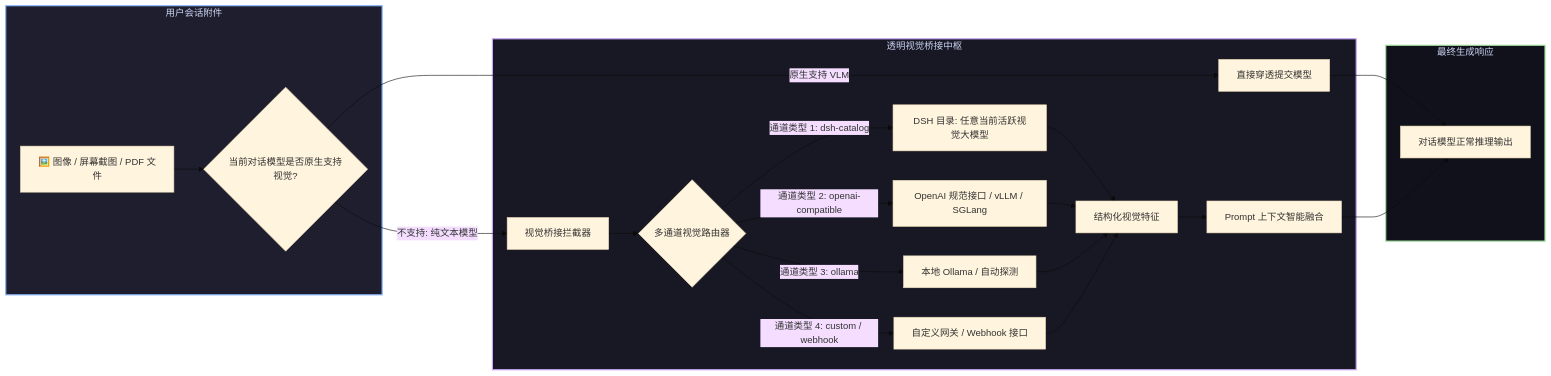
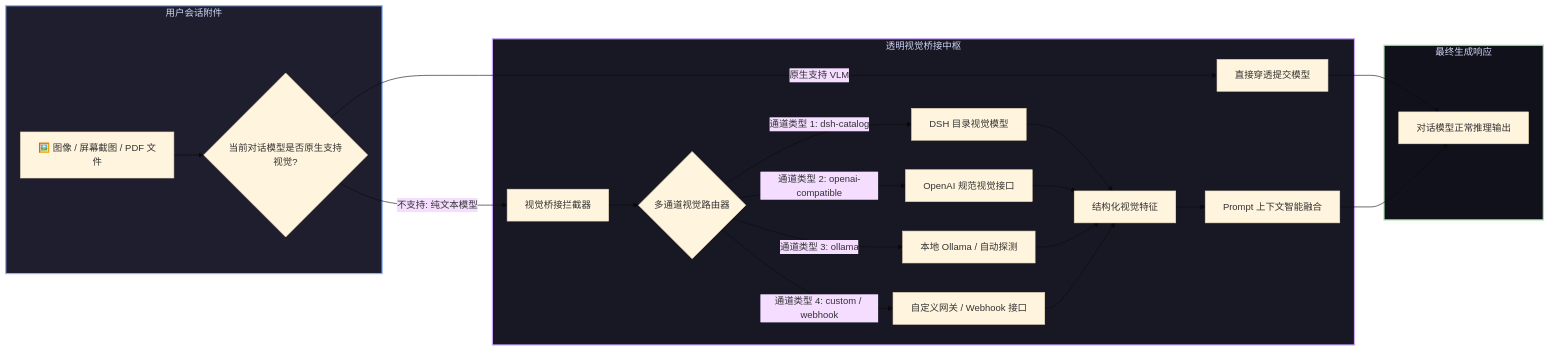
The diagram in README.zh.md (GooDAnDReaDY/dsh-vision-bridge), drawn with Mermaid (base theme) before and after one commit. The commit also changed other lines of this file and 2 other files, not shown here.

Commit message:
docs: remove specific model names from dsh-vision-bridge and describe architecture dynamically

````diff
--- a/README.zh.md
+++ b/README.zh.md
@@ -32,30 +32,30 @@
 ```mermaid
 graph LR
     subgraph Input [用户会话附件]
         Attach[🖼️ 图像 / 屏幕截图 / PDF 文件] --> Check{当前对话模型是否原生支持视觉?}
     end
 
     subgraph Transparent [透明视觉桥接中枢]
         Check -->|原生支持 VLM| Pass[直接穿透提交模型]
         Check -->|不支持: 纯文本模型| Interceptor[视觉桥接拦截器]
         Interceptor --> VisionRouter{多通道视觉路由器}
-        VisionRouter -->|通道类型 1: dsh-catalog| C1[DSH 目录: 任意当前活跃视觉大模型]
-        VisionRouter -->|通道类型 2: openai-compatible| C2[OpenAI 规范接口 / vLLM / SGLang]
+        VisionRouter -->|通道类型 1: dsh-catalog| C1[DSH 目录视觉模型]
+        VisionRouter -->|通道类型 2: openai-compatible| C2[OpenAI 规范视觉接口]
         VisionRouter -->|通道类型 3: ollama| C3[本地 Ollama / 自动探测]
         VisionRouter -->|通道类型 4: custom / webhook| C4[自定义网关 / Webhook 接口]
         C1 --> Structured[结构化视觉特征]
         C2 --> Structured
         C3 --> Structured
         C4 --> Structured
         Structured --> Fuse[Prompt 上下文智能融合]
     end
 
     subgraph Execution [最终生成响应]
         Pass --> LLM[对话模型正常推理输出]
         Fuse --> LLM
     end
 
     style Input fill:#1e1e2e,stroke:#89b4fa,stroke-width:2px,color:#cdd6f4
     style Transparent fill:#181825,stroke:#cba6f7,stroke-width:2px,color:#cdd6f4
     style Execution fill:#11111b,stroke:#a6e3a1,stroke-width:2px,color:#cdd6f4
 ```
````
